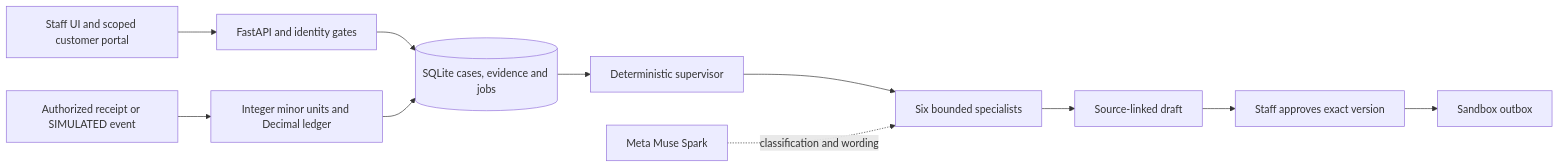
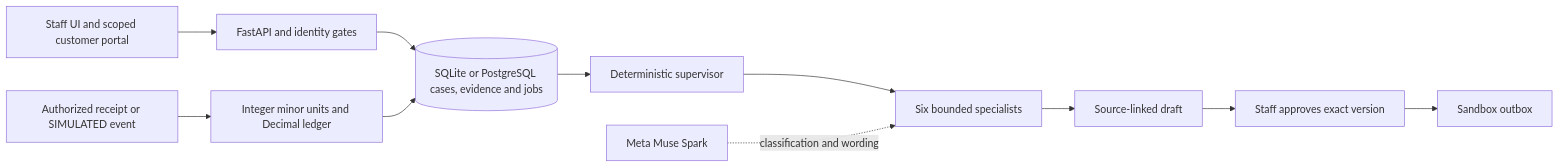
One commit to lakshya14-ds/RecoverFlow-AI changed the diagram in README.md. Above: the diagram before and after it, drawn with Mermaid. The commit also changed other lines of this file and 6 other files, not shown here.

````diff
--- a/README.md
+++ b/README.md
@@ -70,13 +72,13 @@
 ```mermaid
 flowchart LR
     UI[Staff UI and scoped customer portal] --> API[FastAPI and identity gates]
-    API --> DB[(SQLite cases, evidence and jobs)]
+    API --> DB[(SQLite or PostgreSQL cases, evidence and jobs)]
     DB --> Supervisor[Deterministic supervisor]
     Supervisor --> Specialists[Six bounded specialists]
     Meta[Meta Muse Spark] -. classification and wording .-> Specialists
     Specialists --> Draft[Source-linked draft]
     Draft --> Approval[Staff approves exact version]
     Approval --> Outbox[Sandbox outbox]
     Verified[Authorized receipt or SIMULATED event] --> Ledger[Integer minor units and Decimal ledger]
     Ledger --> DB
 ```
````
